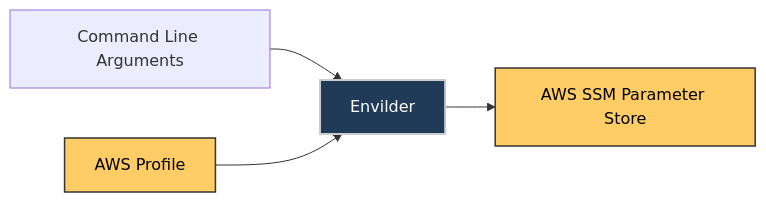
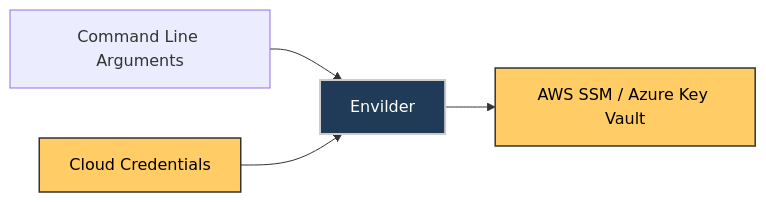
One commit to macalbert/envilder changed the second of 2 diagrams in docs/push-command.md. Above: the diagram before and after it, drawn with Mermaid. The commit also changed other lines of this file and 11 other files, not shown here.

First line of the commit message:
feat: Add Azure Key Vault support for secret management

````diff
--- a/docs/push-command.md
+++ b/docs/push-command.md
@@ -92,9 +95,9 @@
 ```mermaid
 graph LR
   A[Command Line Arguments] --> B[Envilder]:::core
-  C[AWS Profile]:::aws --> B
-  B --> D[AWS SSM Parameter Store]:::aws
+  C[Cloud Credentials]:::cloud --> B
+  B --> D[AWS SSM / Azure Key Vault]:::cloud
 
-  classDef aws fill:#ffcc66,color:#000000,stroke:#333,stroke-width:1.5px;
+  classDef cloud fill:#ffcc66,color:#000000,stroke:#333,stroke-width:1.5px;
   classDef core fill:#1f3b57,color:#fff,stroke:#ccc,stroke-width:2px;  
 ```
````
